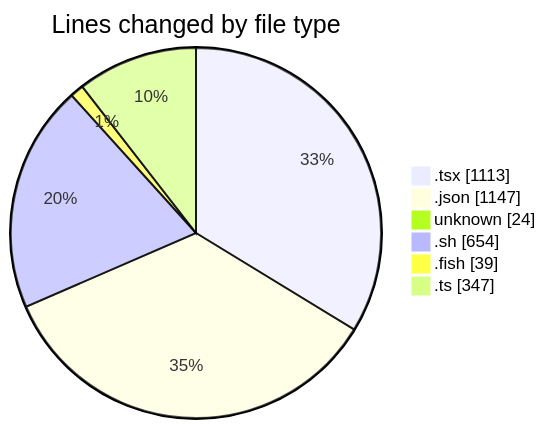
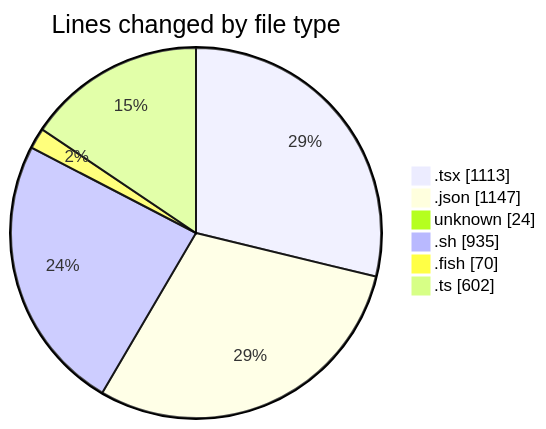
Before and after one commit to EIIisD/code-tracking: the first of 2 diagrams in 2025-07-17/ribbon/README.md, drawn with Mermaid. The commit also changed other lines of this file and 1 other file, not shown here.

````diff
--- a/2025-07-17/ribbon/README.md
+++ b/2025-07-17/ribbon/README.md
@@ -40,10 +41,10 @@
 ```mermaid
 pie showData
 title Lines changed by file type
 ".tsx" : 1113
 ".json" : 1147
 "unknown" : 24
-".sh" : 654
-".fish" : 39
-".ts" : 347
+".sh" : 935
+".fish" : 70
+".ts" : 602
 ```
````
